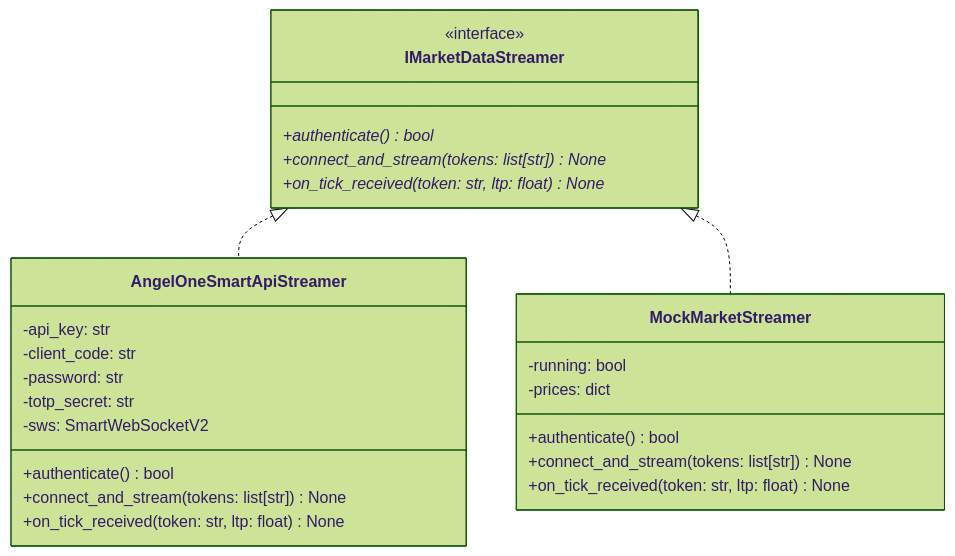
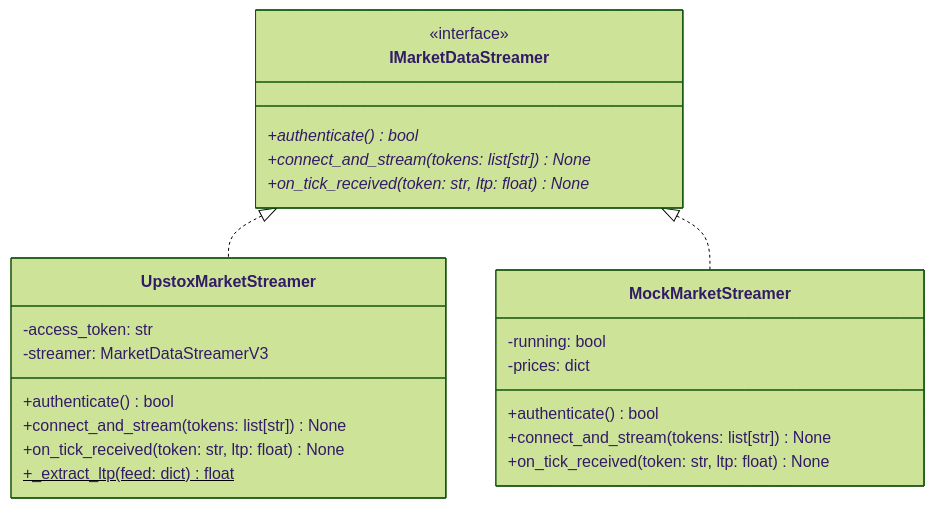
Before and after one commit to rachit-suresh/stock-journal: the sixth of 6 diagrams in docs/architecture.md, drawn with Mermaid (forest theme). The commit also changed other lines of this file and 7 other files, not shown here.

First line of the commit message:
docs: spec-driven baseline, audit trail, architecture corrections

````diff
--- a/docs/architecture.md
+++ b/docs/architecture.md
@@ -187,31 +194,29 @@
 ```mermaid
 classDiagram
     class IMarketDataStreamer {
         <<interface>>
         +authenticate() bool*
         +connect_and_stream(tokens: list[str]) None*
         +on_tick_received(token: str, ltp: float) None*
     }
 
-    class AngelOneSmartApiStreamer {
-        -api_key: str
-        -client_code: str
-        -password: str
-        -totp_secret: str
-        -sws: SmartWebSocketV2
+    class UpstoxMarketStreamer {
+        -access_token: str
+        -streamer: MarketDataStreamerV3
         +authenticate() bool
         +connect_and_stream(tokens: list[str]) None
         +on_tick_received(token: str, ltp: float) None
+        +_extract_ltp(feed: dict)$ float
     }
 
     class MockMarketStreamer {
         -running: bool
         -prices: dict
         +authenticate() bool
         +connect_and_stream(tokens: list[str]) None
         +on_tick_received(token: str, ltp: float) None
     }
 
-    IMarketDataStreamer <|.. AngelOneSmartApiStreamer
+    IMarketDataStreamer <|.. UpstoxMarketStreamer
     IMarketDataStreamer <|.. MockMarketStreamer
 ```
````
